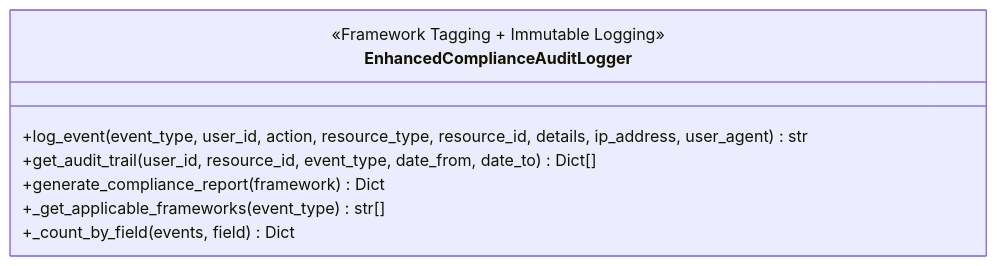
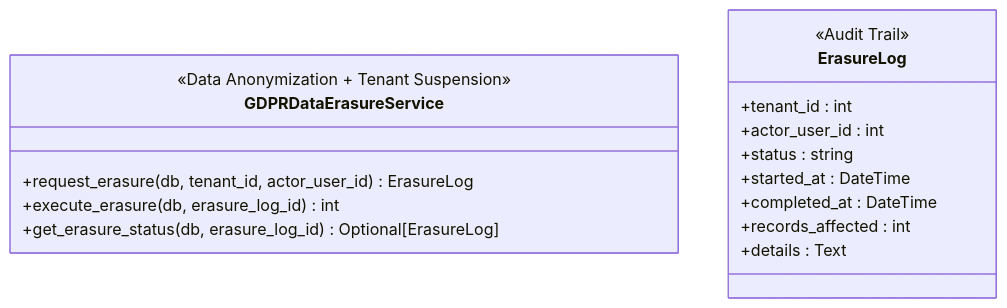
Before and after one commit to Revanththetalogics/aireume: the seventh of 10 diagrams in .qoder/repowiki/en/content/Advanced Topics/Enterprise Security and Compliance.md, drawn with Mermaid. The commit also changed other lines of this file and 13 other files, not shown here.

````diff
--- a/.qoder/repowiki/en/content/Advanced Topics/Enterprise Security and Compliance.md
+++ b/.qoder/repowiki/en/content/Advanced Topics/Enterprise Security and Compliance.md
@@ -397,11 +539,19 @@
 ```mermaid
 classDiagram
-class EnhancedComplianceAuditLogger {
-+log_event(event_type, user_id, action, resource_type, resource_id, details, ip_address, user_agent) str
-+get_audit_trail(user_id, resource_id, event_type, date_from, date_to) Dict[]
-+generate_compliance_report(framework) Dict
-+_get_applicable_frameworks(event_type) str[]
-+_count_by_field(events, field) Dict
-<<Framework Tagging + Immutable Logging>>
+class GDPRDataErasureService {
++request_erasure(db, tenant_id, actor_user_id) ErasureLog
++execute_erasure(db, erasure_log_id) int
++get_erasure_status(db, erasure_log_id) Optional[ErasureLog]
+<<Data Anonymization + Tenant Suspension>>
+}
+class ErasureLog {
++tenant_id : int
++actor_user_id : int
++status : string
++started_at : DateTime
++completed_at : DateTime
++records_affected : int
++details : Text
+<<Audit Trail>>
 }
 ```
````
